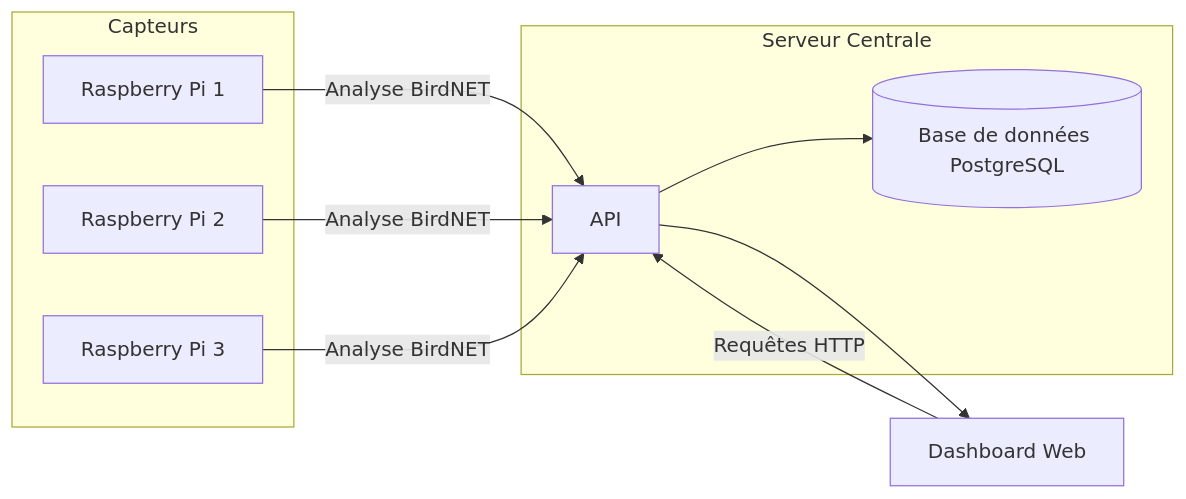
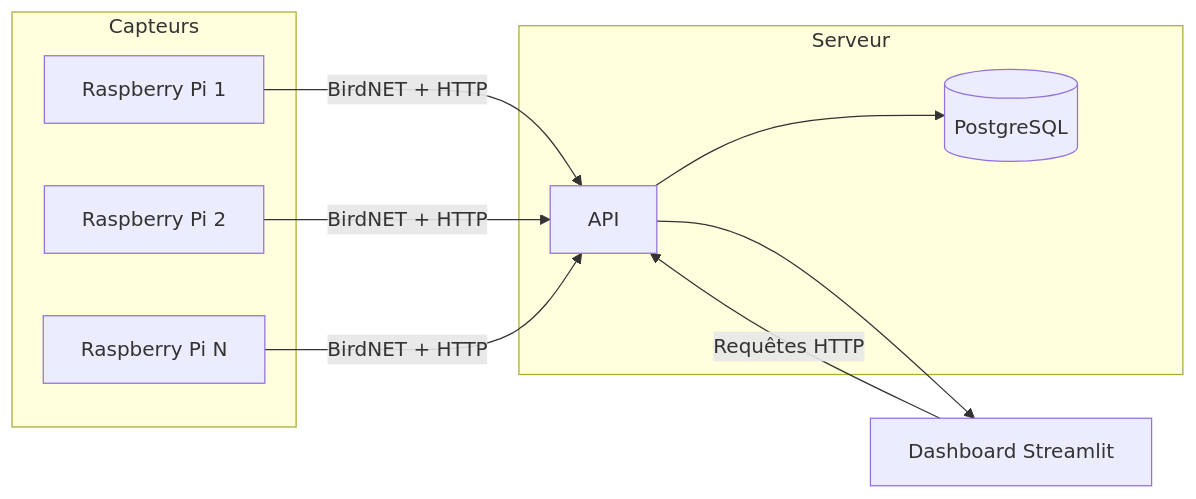
One commit to PaulBayfield/URCABirds changed the diagram in README.md. Above: the diagram before and after it, drawn with Mermaid. The commit also changed other lines of this file, not shown here.

````diff
--- a/README.md
+++ b/README.md
@@ -74,19 +38,19 @@
 ```mermaid
 flowchart LR
     subgraph Capteurs
         RPI1[Raspberry Pi 1]
         RPI2[Raspberry Pi 2]
-        RPI3[Raspberry Pi 3]
+        RPI3[Raspberry Pi N]
     end
 
-    subgraph Serveur Centrale
-        RPI1 -->|Analyse BirdNET| API
-        RPI2 -->|Analyse BirdNET| API
-        RPI3 -->|Analyse BirdNET| API
+    subgraph Serveur
+        RPI1 -->|BirdNET + HTTP| API
+        RPI2 -->|BirdNET + HTTP| API
+        RPI3 -->|BirdNET + HTTP| API
 
-        API --> DB[(Base de données PostgreSQL)]
+        API --> DB[(PostgreSQL)]
     end
 
-    API --> DASH[Dashboard Web]
+    API --> DASH[Dashboard Streamlit]
     DASH -->|Requêtes HTTP| API
 ```
````
